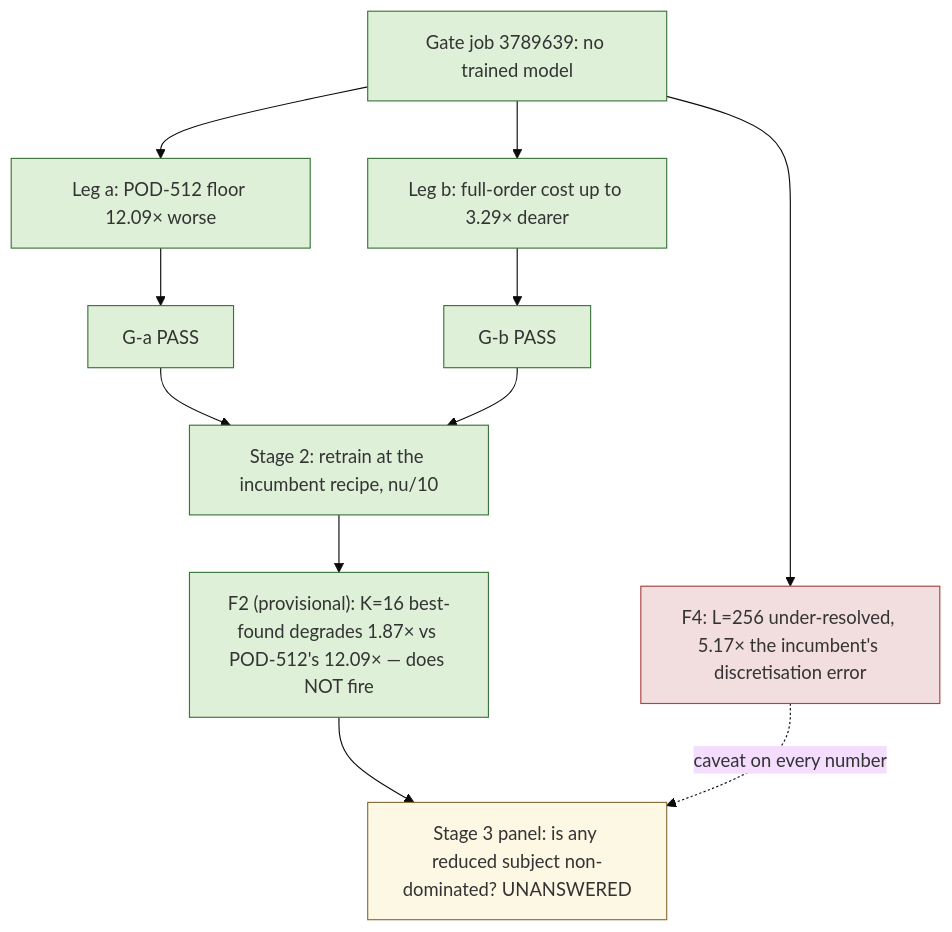
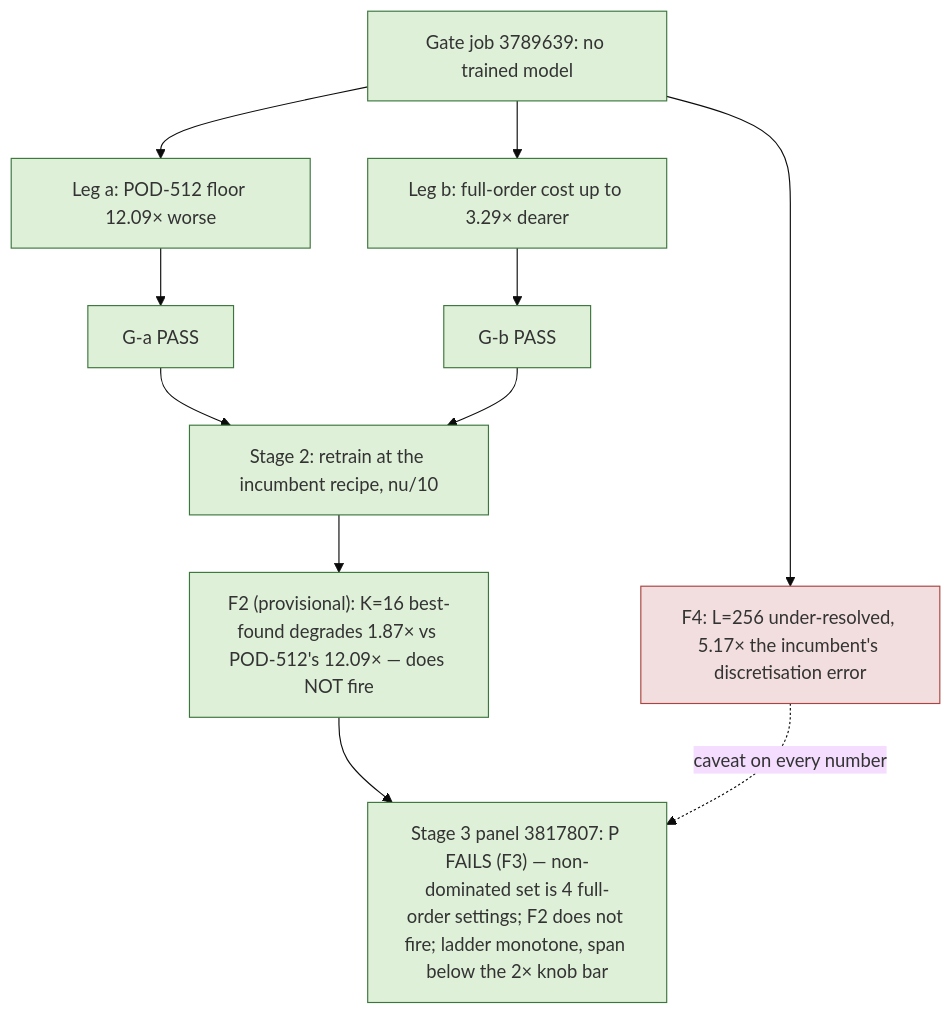
Before and after one commit to tahmidawal/Tunable-NM-ROM: the diagram in experiments/b-lowvisc/reports/2026-09-17-b-lowvisc.md, drawn with Mermaid (base theme). The commit also changed other lines of this file and 16 other files, not shown here.

````diff
--- a/experiments/b-lowvisc/reports/2026-09-17-b-lowvisc.md
+++ b/experiments/b-lowvisc/reports/2026-09-17-b-lowvisc.md
@@ -142,20 +140,19 @@
 ```mermaid
 flowchart TD
   A[Gate job 3789639: no trained model] --> B["Leg a: POD-512 floor 12.09× worse"]
   A --> C["Leg b: full-order cost up to 3.29× dearer"]
   B --> D[G-a PASS]
   C --> E[G-b PASS]
   D --> F[Stage 2: retrain at the incumbent recipe, nu/10]
   E --> F
   F --> F2["F2 (provisional): K=16 best-found degrades 1.87× vs POD-512's 12.09× — does NOT fire"]
-  F2 --> G["Stage 3 panel: is any reduced subject non-dominated? UNANSWERED"]
+  F2 --> G["Stage 3 panel 3817807: P FAILS (F3) — non-dominated set is 4 full-order settings; F2 does not fire; ladder monotone, span below the 2× knob bar"]
   A --> H["F4: L=256 under-resolved, 5.17× the incumbent's discretisation error"]
   H -.caveat on every number.-> G
   classDef done fill:#dff0d8,stroke:#3c763d
   classDef open fill:#fcf8e3,stroke:#8a6d3b
   classDef warn fill:#f2dede,stroke:#a94442
   class A,B,C,D,E done
-  class F,F2 done
-  class G open
+  class F,F2,G done
   class H warn
 ```
````
